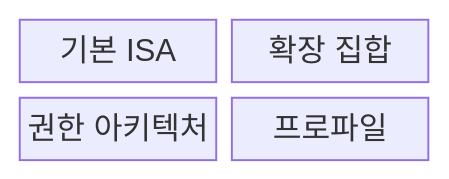
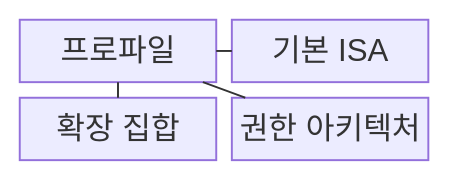
One commit to agnusdei1207/knowledge-base changed the first of 2 diagrams in src/content/docs/notes/02-hardware/004_risc_v.md. Above: the diagram before and after it, drawn with Mermaid. The commit also changed other lines of this file and 20 other files, not shown here.

````diff
--- a/src/content/docs/notes/02-hardware/004_risc_v.md
+++ b/src/content/docs/notes/02-hardware/004_risc_v.md
@@ -66,8 +66,7 @@
 ```mermaid
 block
     columns 2
-    B["기본 ISA"]
-    E["확장 집합"]
-    P["권한 아키텍처"]
-    R["프로파일"]
+    R["프로파일"] --- B["기본 ISA"]
+    R --- E["확장 집합"]
+    R --- P["권한 아키텍처"]
 ```
````
